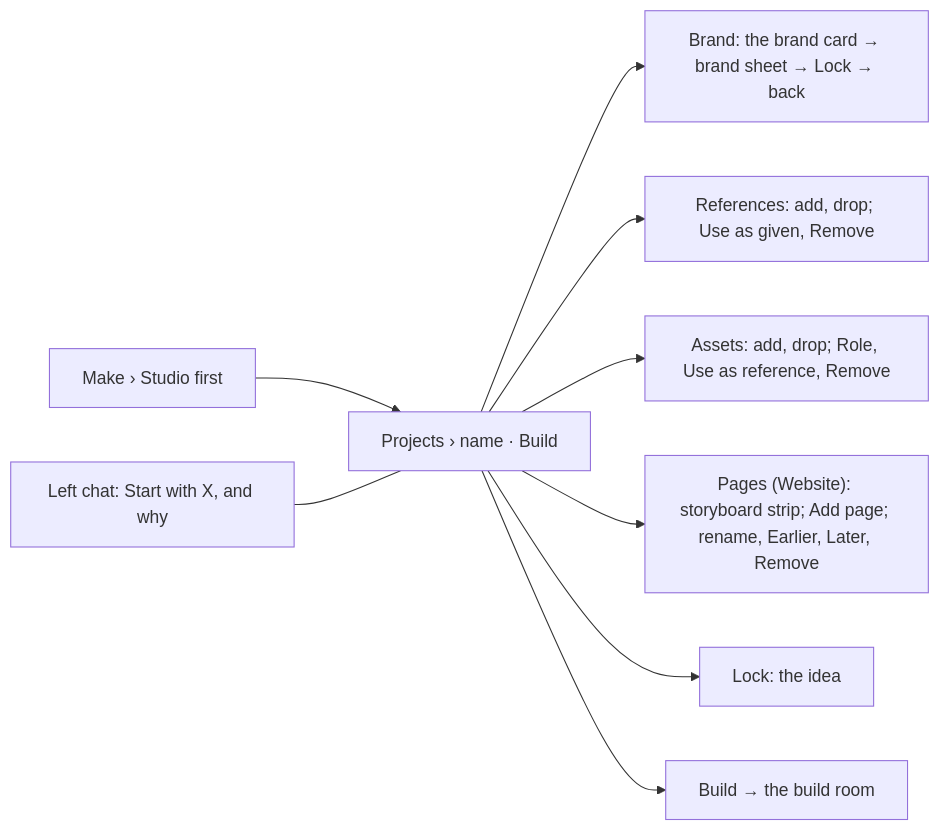
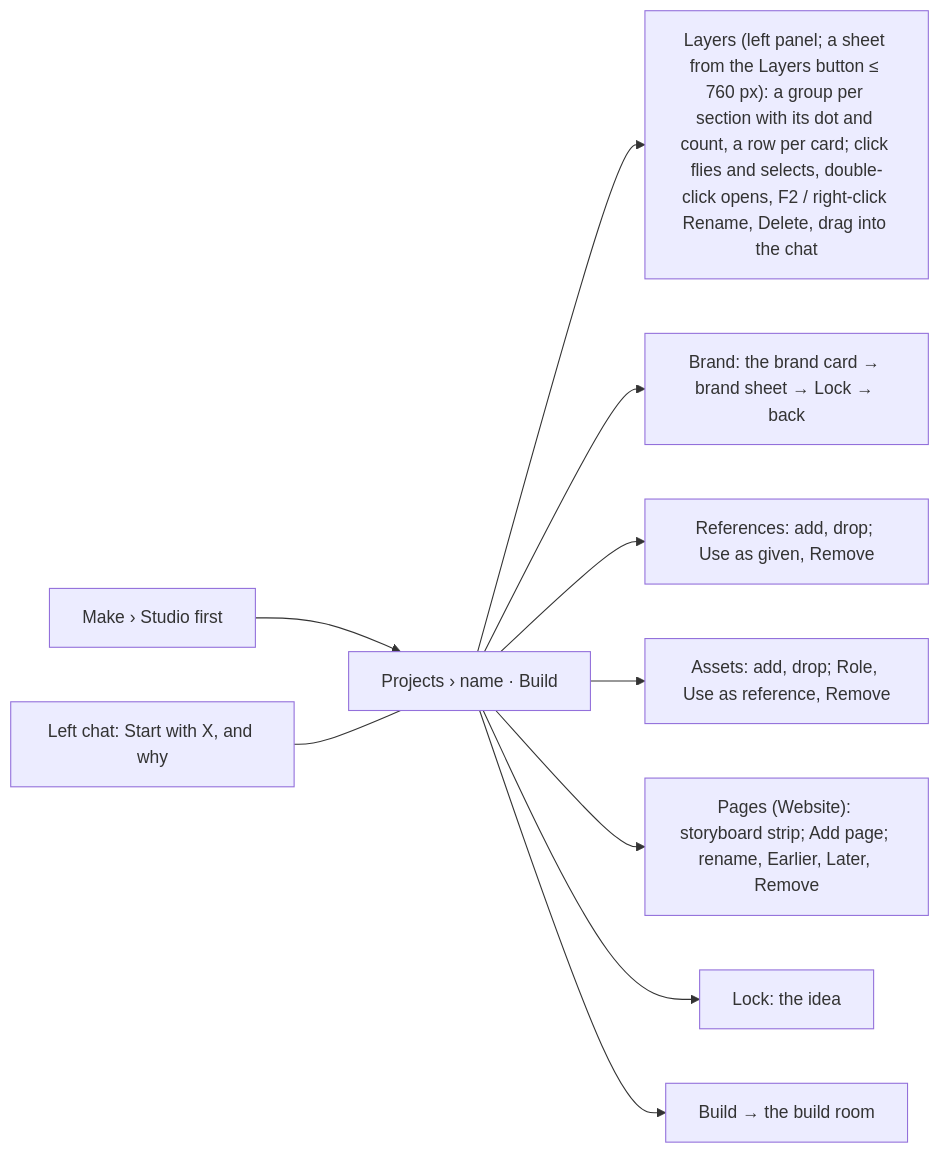
The seventh of 27 diagrams in docs/ux/SITEMAP.md (Pukujan/swarm-studio), drawn with Mermaid before and after one commit. The commit also changed 13 other files, not shown here.

````diff
--- a/docs/ux/SITEMAP.md
+++ b/docs/ux/SITEMAP.md
@@ -198,11 +198,12 @@
 ```mermaid
 flowchart LR
   MK["Make › Studio first"] --> SC["Projects › name · Build"]
   CH["Left chat: Start with X, and why"] --- SC
+  SC --> LY["Layers (left panel; a sheet from the Layers button ≤ 760 px): a group per section with its dot and count, a row per card; click flies and selects, double-click opens, F2 / right-click Rename, Delete, drag into the chat"]
   SC --> BR["Brand: the brand card → brand sheet → Lock → back"]
   SC --> RF["References: add, drop; Use as given, Remove"]
   SC --> AS["Assets: add, drop; Role, Use as reference, Remove"]
   SC --> PG["Pages (Website): storyboard strip; Add page; rename, Earlier, Later, Remove"]
   SC --> LK["Lock: the idea"]
   SC --> BU["Build → the build room"]
 ```
````
